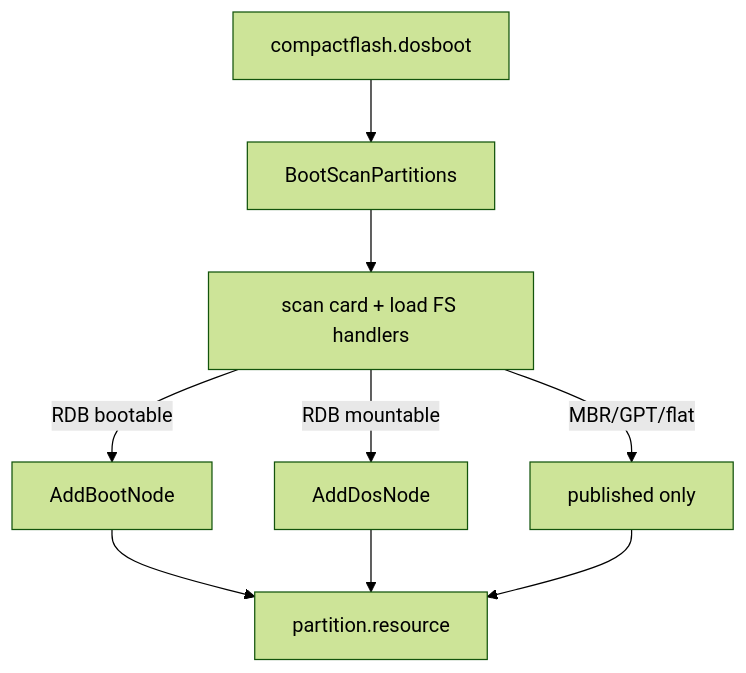
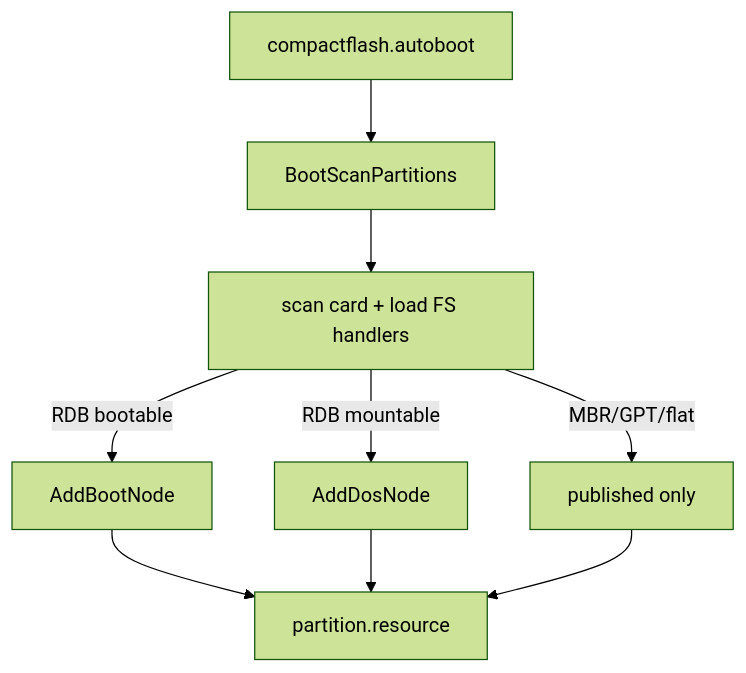
One commit to pulchart/amigaos-ptable changed the first of 4 diagrams in docs/ptable.md. Above: the diagram before and after it, drawn with Mermaid (forest theme). The commit also changed other lines of this file and 4 other files, not shown here.

````diff
--- a/docs/ptable.md
+++ b/docs/ptable.md
@@ -23,11 +29,11 @@
 ```mermaid
 graph TD
-  A[compactflash.dosboot] --> B[BootScanPartitions]
+  A[compactflash.autoboot] --> B[BootScanPartitions]
   B --> C[scan card + load FS handlers]
   C -->|RDB bootable| D[AddBootNode]
   C -->|RDB mountable| E[AddDosNode]
   C -->|MBR/GPT/flat| G[published only]
   D --> F[partition.resource]
   E --> F
   G --> F
 ```
````
